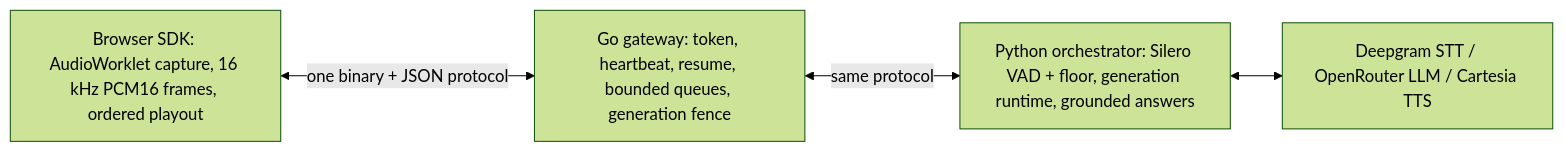
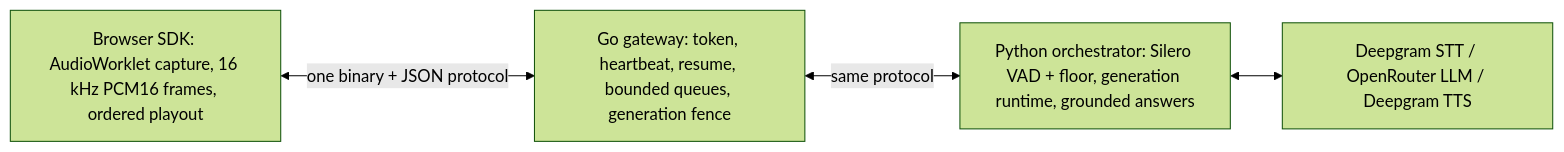
The diagram in README.md (ai-calypse/voicecore-lab), drawn with Mermaid (forest theme) before and after one commit. The commit also changed other lines of this file and 44 other files, not shown here.

````diff
--- a/README.md
+++ b/README.md
@@ -7,6 +7,6 @@
 ```mermaid
 flowchart LR
   B[Browser SDK: AudioWorklet capture, 16 kHz PCM16 frames, ordered playout] <-->|one binary + JSON protocol| G[Go gateway: token, heartbeat, resume, bounded queues, generation fence]
   G <-->|same protocol| O[Python orchestrator: Silero VAD + floor, generation runtime, grounded answers]
-  O <--> P[Deepgram STT / OpenRouter LLM / Cartesia TTS]
+  O <--> P[Deepgram STT / OpenRouter LLM / Deepgram TTS]
 ```
````
